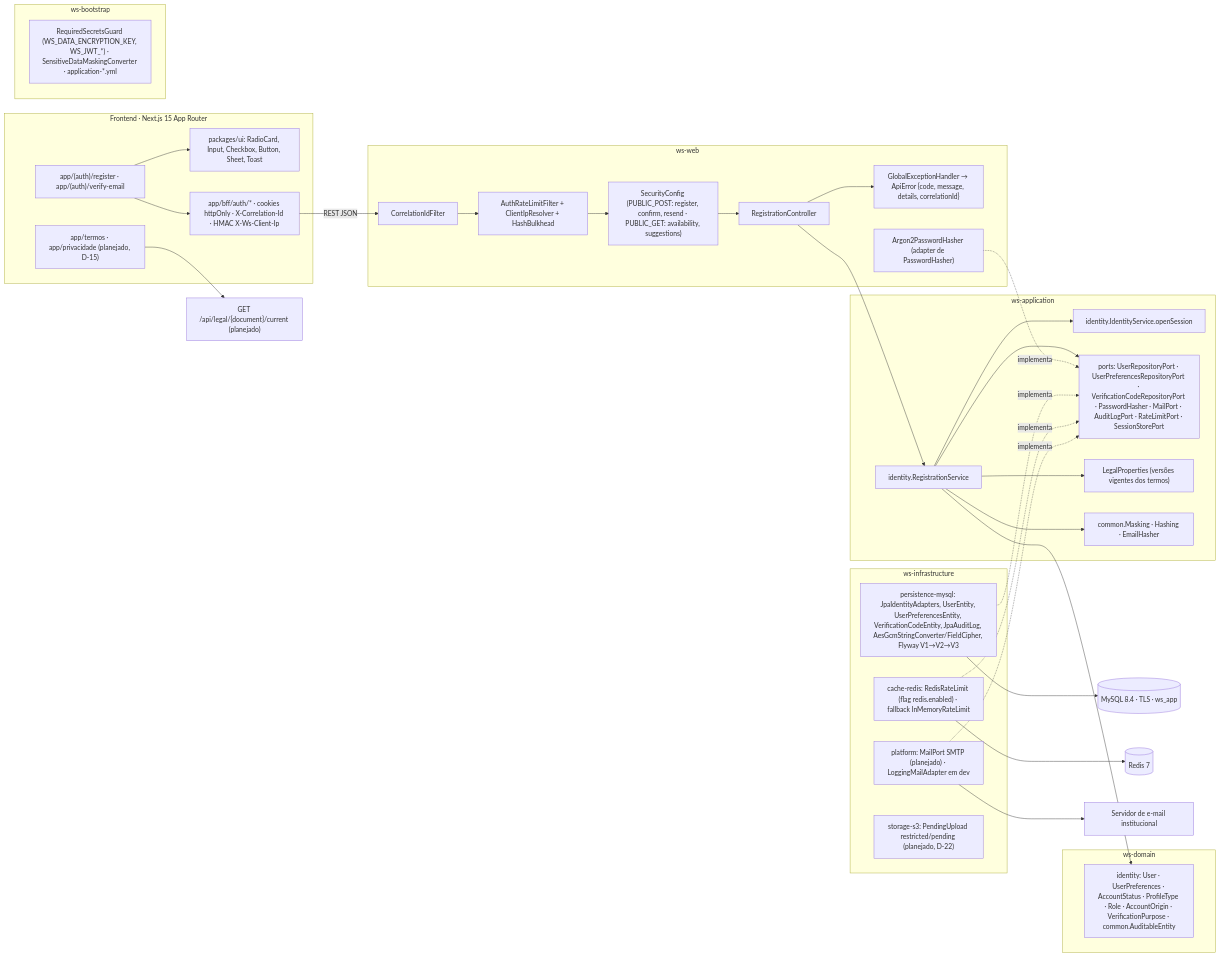
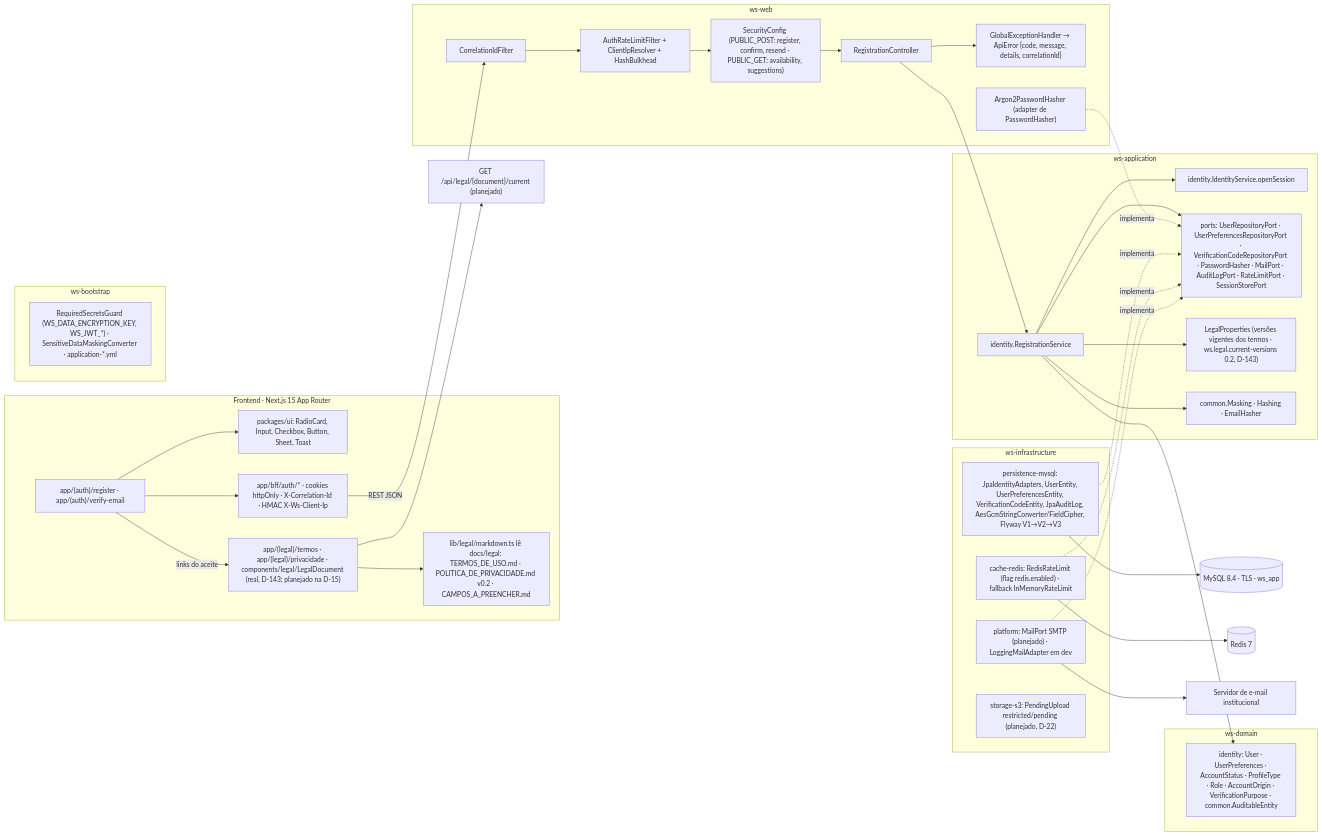
Before and after one commit to MatheusHaliski/Decia-app-2026: the sixth of 7 diagrams in docs/diagramas/RF1/README.md, drawn with Mermaid. The commit also changed other lines of this file and 4 other files, not shown here.

First line of the commit message:
docs(diagramas): casos de uso em RF1–RF3 e SEG; revisão de identidade

````diff
--- a/docs/diagramas/RF1/README.md
+++ b/docs/diagramas/RF1/README.md
@@ -460,54 +532,57 @@
 ```mermaid
 flowchart LR
   subgraph FE["Frontend · Next.js 15 App Router"]
     PG["app/(auth)/register · app/(auth)/verify-email"]
     UI["packages/ui: RadioCard, Input, Checkbox, Button, Sheet, Toast"]
-    LEG["app/termos · app/privacidade (planejado, D-15)"]
+    LEG["app/(legal)/termos · app/(legal)/privacidade · components/legal/LegalDocument (real, D-143; planejado na D-15)"]
+    LMD["lib/legal/markdown.ts lê docs/legal: TERMOS_DE_USO.md · POLITICA_DE_PRIVACIDADE.md v0.2 · CAMPOS_A_PREENCHER.md"]
+    PG -->|"links do aceite"| LEG
+    LEG --> LMD
     BFF["app/bff/auth/* · cookies httpOnly · X-Correlation-Id · HMAC X-Ws-Client-Ip"]
     PG --> UI
     PG --> BFF
   end
   subgraph WSWEB["ws-web"]
     CIF["CorrelationIdFilter"]
     ARL["AuthRateLimitFilter + ClientIpResolver + HashBulkhead"]
     SEC["SecurityConfig (PUBLIC_POST: register, confirm, resend · PUBLIC_GET: availability, suggestions)"]
     RC["RegistrationController"]
     GEH["GlobalExceptionHandler → ApiError {code, message, details, correlationId}"]
     A2["Argon2PasswordHasher (adapter de PasswordHasher)"]
   end
   subgraph WSAPP["ws-application"]
     RS["identity.RegistrationService"]
     IS["identity.IdentityService.openSession"]
     PORTS["ports: UserRepositoryPort · UserPreferencesRepositoryPort · VerificationCodeRepositoryPort · PasswordHasher · MailPort · AuditLogPort · RateLimitPort · SessionStorePort"]
-    LP["LegalProperties (versões vigentes dos termos)"]
+    LP["LegalProperties (versões vigentes dos termos · ws.legal.current-versions 0.2, D-143)"]
     MK["common.Masking · Hashing · EmailHasher"]
     RS --> PORTS
     RS --> LP
     RS --> IS
     RS --> MK
   end
   subgraph WSDOM["ws-domain"]
     DOM["identity: User · UserPreferences · AccountStatus · ProfileType · Role · AccountOrigin · VerificationPurpose · common.AuditableEntity"]
   end
   subgraph INFRA["ws-infrastructure"]
     MY["persistence-mysql: JpaIdentityAdapters, UserEntity, UserPreferencesEntity, VerificationCodeEntity, JpaAuditLog, AesGcmStringConverter/FieldCipher, Flyway V1→V2→V3"]
     RDS["cache-redis: RedisRateLimit (flag redis.enabled) · fallback InMemoryRateLimit"]
     PLT["platform: MailPort SMTP (planejado) · LoggingMailAdapter em dev"]
     S3["storage-s3: PendingUpload restricted/pending (planejado, D-22)"]
   end
   subgraph BOOT["ws-bootstrap"]
     B1["RequiredSecretsGuard (WS_DATA_ENCRYPTION_KEY, WS_JWT_*) · SensitiveDataMaskingConverter · application-*.yml"]
   end
 
   BFF -->|"REST JSON"| CIF --> ARL --> SEC --> RC --> RS
   RC --> GEH
   A2 -.implementa.-> PORTS
   MY -.implementa.-> PORTS
   RDS -.implementa.-> PORTS
   PLT -.implementa.-> PORTS
   RS --> DOM
   MY --> DB[("MySQL 8.4 · TLS · ws_app")]
   RDS --> RD[("Redis 7")]
   PLT --> SMTP["Servidor de e-mail institucional"]
   LEG --> API_LEGAL["GET /api/legal/{document}/current (planejado)"]
 ```
````
